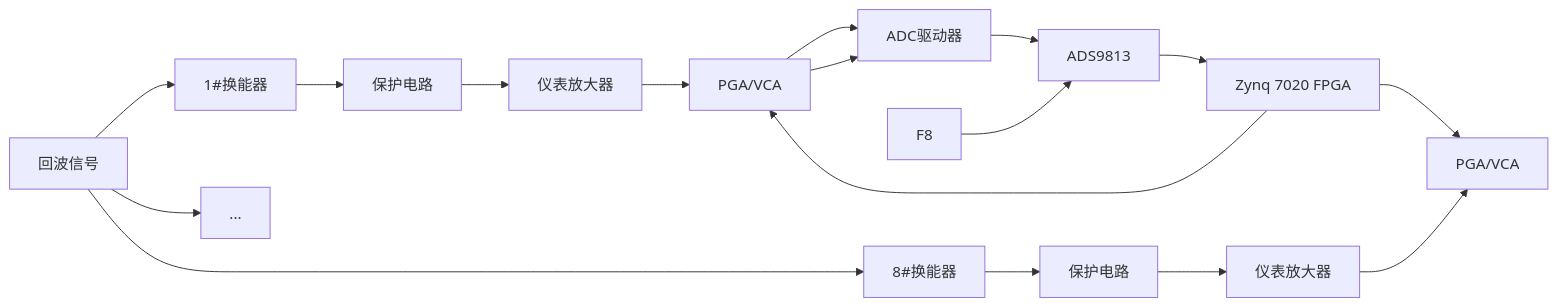
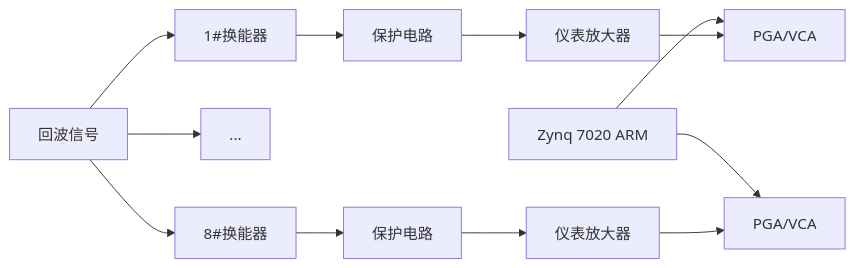
Before and after one commit to Rukawa15/iodraw-files: the diagram in all/同步采集.md, drawn with Mermaid.

Commit message:
2025-06-19 14:39:05 update

````diff
--- a/all/同步采集.md
+++ b/all/同步采集.md
@@ -1,27 +1,21 @@
 ```mermaid
 graph LR
 A[回波信号]
 A --> B1[1#换能器]
 A --> ...
 A --> B8[8#换能器]
 
 B1 --> C1[保护电路]
 B8 --> C8[保护电路]
 
 C1 --> D1[仪表放大器]
 C8 --> D8[仪表放大器]
 H[Zynq 7020 ARM] --> E1
 H[Zynq 7020 ARM] --> E8
 D1 --> E1[PGA/VCA]
 D8 --> E8[PGA/VCA]
 
-E1 --> F1[ADC驱动器]
-E1 --> F1[ADC驱动器]
 
-F1 --> G[ADS9813]
-F8 --> G[ADS9813] 
-
-G --> H[Zynq 7020 FPGA]
 
 
 ```
````
